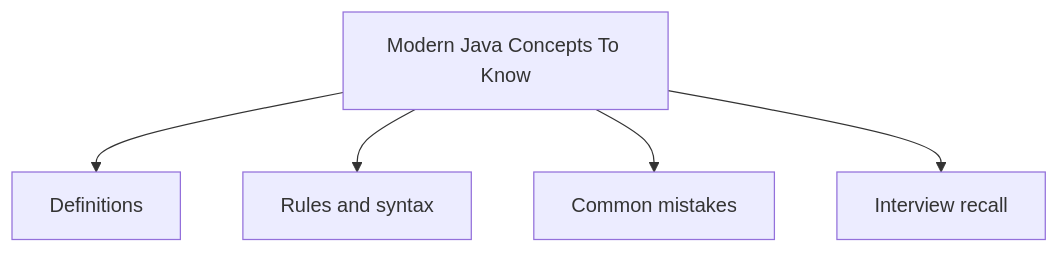
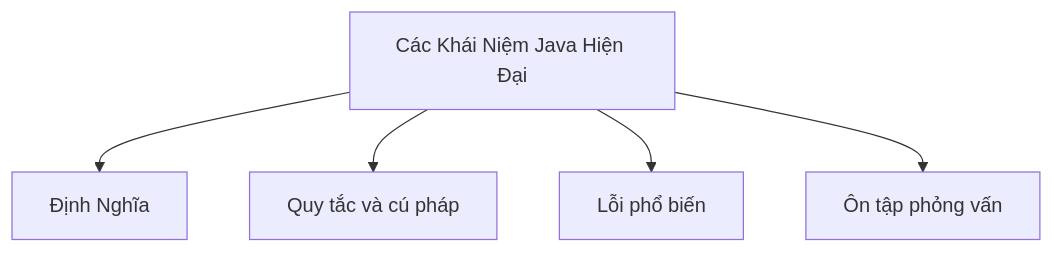
The diagram in 40-modern-java-concepts/README.md (PhuThien2005/theoretical-of-java-core), drawn with Mermaid before and after one commit. The commit also changed other lines of this file and 229 other files, not shown here.

````diff
--- a/40-modern-java-concepts/README.md
+++ b/40-modern-java-concepts/README.md
@@ -49,7 +49,7 @@
 ```mermaid
 flowchart TD
-    A[Modern Java Concepts To Know] --> B[Definitions]
-    A --> C[Rules and syntax]
-    A --> D[Common mistakes]
-    A --> E[Interview recall]
+    A[Các Khái Niệm Java Hiện Đại] --> B[Định Nghĩa]
+    A --> C[Quy tắc và cú pháp]
+    A --> D[Lỗi phổ biến]
+    A --> E[Ôn tập phỏng vấn]
 ```
````
